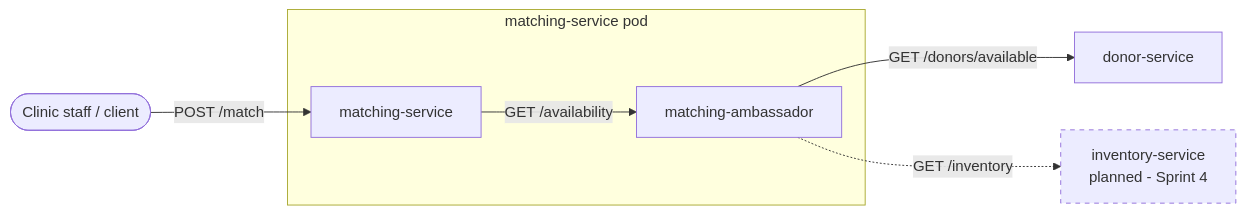
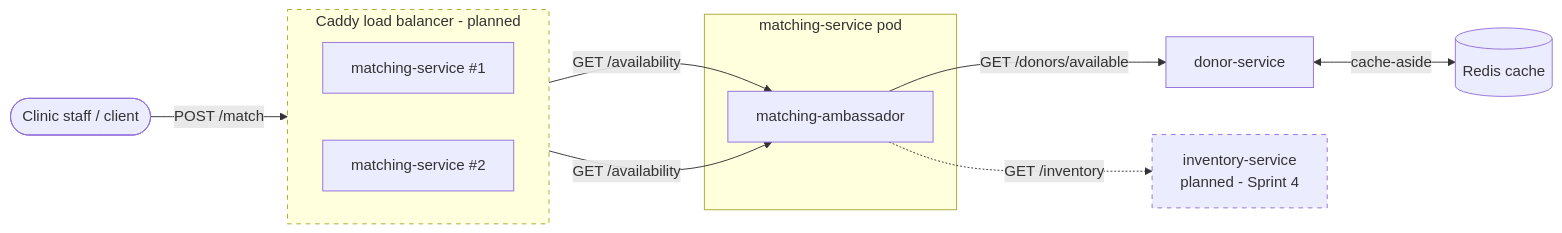
The diagram in docs/SERVICES.md (RitonlyD/426-project-ritonly-rafael), drawn with Mermaid before and after one commit. The commit also changed other lines of this file, not shown here.

Commit message:
docs: add redis cache and planned caddy lb to sprint 3 diagram

````diff
--- a/docs/SERVICES.md
+++ b/docs/SERVICES.md
@@ -16,19 +19,28 @@
 ```mermaid
 flowchart LR
     Client([Clinic staff / client])
 
+    subgraph Caddy_LB[Caddy load balancer - planned]
+        direction LR
+        Matching1[matching-service #1]
+        Matching2[matching-service #2]
+    end
+
     subgraph matching-service pod
         Ambassador[matching-ambassador]
-        Matching[matching-service]
     end
 
     Donor[donor-service]
+    DonorCache[(Redis cache)]
     Inventory[inventory-service<br/>planned - Sprint 4]
 
-    Client -->|POST /match| Matching
-    Matching -->|GET /availability| Ambassador
+    Client -->|POST /match| Caddy_LB
+    Matching1 -->|GET /availability| Ambassador
+    Matching2 -->|GET /availability| Ambassador
     Ambassador -->|GET /donors/available| Donor
+    Donor <-->|cache-aside| DonorCache
     Ambassador -.->|GET /inventory| Inventory
 
     style Inventory stroke-dasharray: 5 5
+    style Caddy_LB stroke-dasharray: 5 5
 ```
````
